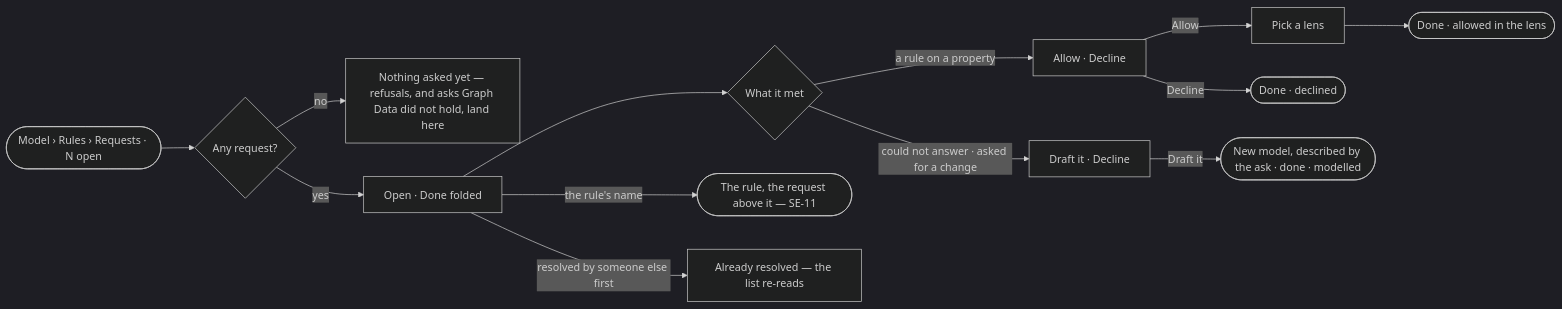
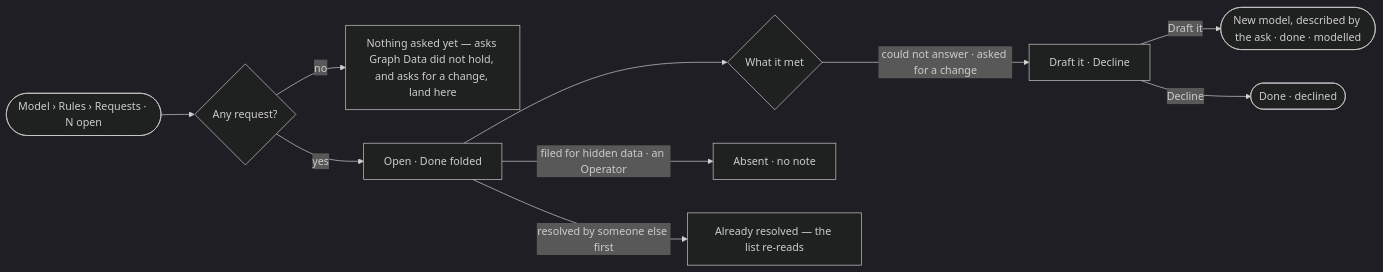
One commit to invana/invana changed the diagram in specs/capabilities/semantics/features/SE-F07-rules/stories/SE-13-act-on-what-people-and-agents-ask-of-the-model/story.md. Above: the diagram before and after it, drawn with Mermaid (dark theme). The commit also changed other lines of this file and 69 other files, not shown here.

````diff
--- a/specs/capabilities/semantics/features/SE-F07-rules/stories/SE-13-act-on-what-people-and-agents-ask-of-the-model/story.md
+++ b/specs/capabilities/semantics/features/SE-F07-rules/stories/SE-13-act-on-what-people-and-agents-ask-of-the-model/story.md
@@ -28,14 +28,12 @@
 ```mermaid
 flowchart LR
   a([Model › Rules › Requests · N open]) --> l{Any request?}
-  l -->|no| e["Nothing asked yet — refusals, and asks Graph Data did not hold, land here"]
+  l -->|no| e["Nothing asked yet — asks Graph Data did not hold, and asks for a change, land here"]
   l -->|yes| o["Open · Done folded"]
   o --> k{What it met}
-  k -->|a rule on a property| al["Allow · Decline"]
   k -->|could not answer · asked for a change| dr["Draft it · Decline"]
-  al -->|Allow| pv["Pick a lens"] --> d1(["Done · allowed in the lens"])
   dr -->|Draft it| nm(["New model, described by the ask · done · modelled"])
-  al -->|Decline| d2(["Done · declined"])
-  o -->|the rule's name| r(["The rule, the request above it — SE-11"])
+  dr -->|Decline| d2(["Done · declined"])
+  o -->|filed for hidden data · an Operator| hx["Absent · no note"]
   o -->|resolved by someone else first| c["Already resolved — the list re-reads"]
 ```
````
